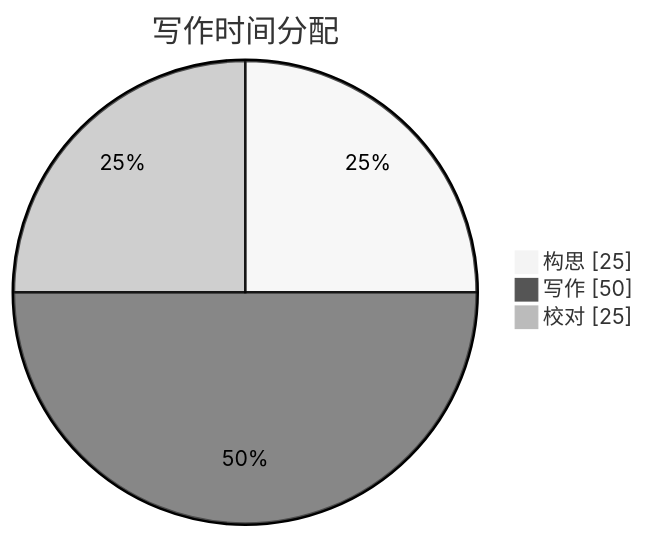
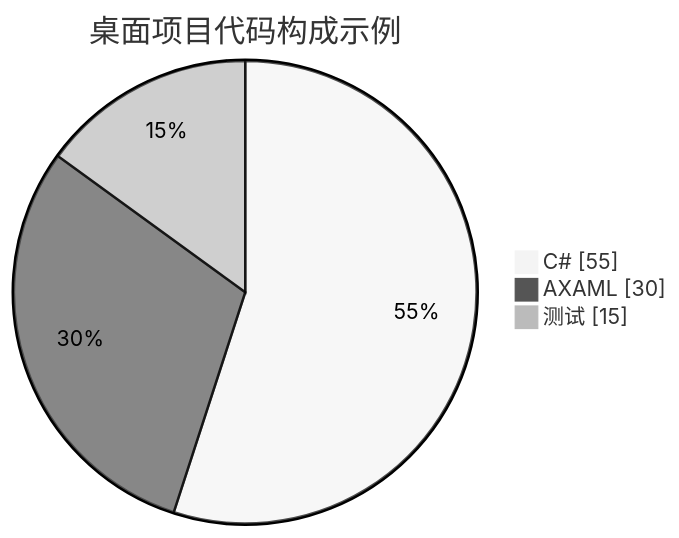
Diagram 17 of 24 in docs/演示文档/Mermaid 图表图鉴.md (dotnet9/Vex), drawn with Mermaid (neutral theme) before and after one commit. The commit also changed other lines of this file and 23 other files, not shown here.

Commit message:
完善(演示文档)：围绕 .NET 与 Avalonia 重编示例并补齐 24 类图表

````diff
--- a/docs/演示文档/Mermaid 图表图鉴.md
+++ b/docs/演示文档/Mermaid 图表图鉴.md
@@ -232,7 +237,7 @@
 ```mermaid
 pie showData
-  title 写作时间分配
-  "构思" : 25
-  "写作" : 50
-  "校对" : 25
+  title 桌面项目代码构成示例
+  "C#" : 55
+  "AXAML" : 30
+  "测试" : 15
 ```
````
